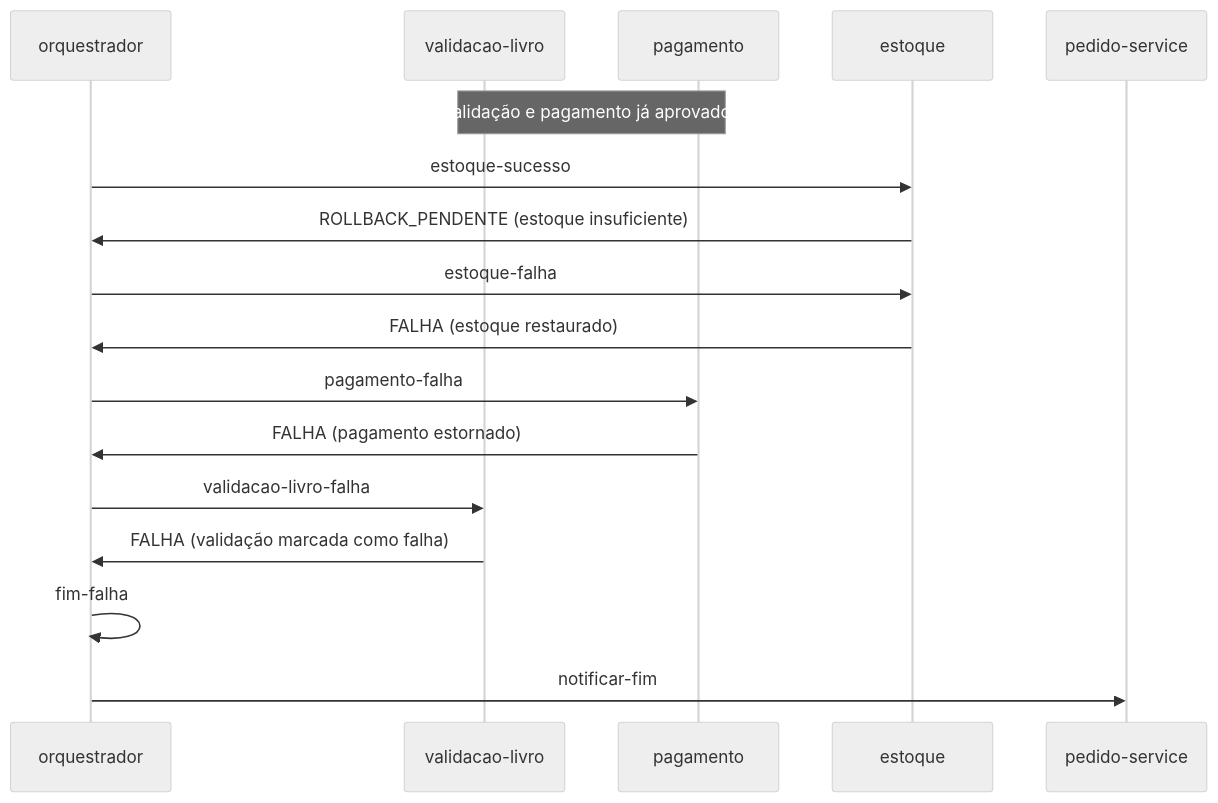
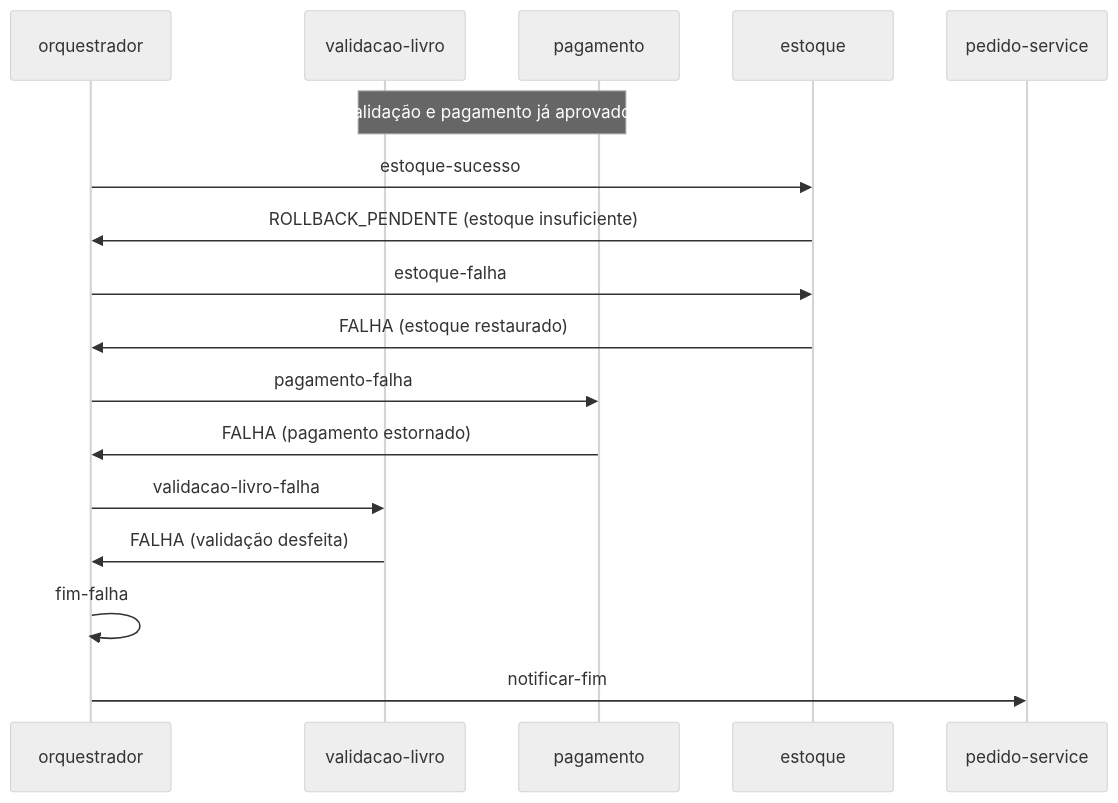
The second of 2 diagrams in README.md (Carloseman1/padrao-saga-orquestrado-em-microsservi-os), drawn with Mermaid (neutral theme) before and after one commit. The commit also changed other lines of this file, not shown here.

````diff
--- a/README.md
+++ b/README.md
@@ -274,20 +136,20 @@
 ```mermaid
 sequenceDiagram
     participant O as orquestrador
     participant V as validacao-livro
     participant G as pagamento
     participant E as estoque
     participant P as pedido-service
 
     Note over V,G: validação e pagamento já aprovados
     O->>E: estoque-sucesso
     E->>O: ROLLBACK_PENDENTE (estoque insuficiente)
     O->>E: estoque-falha
     E->>O: FALHA (estoque restaurado)
     O->>G: pagamento-falha
     G->>O: FALHA (pagamento estornado)
     O->>V: validacao-livro-falha
-    V->>O: FALHA (validação marcada como falha)
+    V->>O: FALHA (validação desfeita)
     O->>O: fim-falha
     O->>P: notificar-fim
 ```
````
